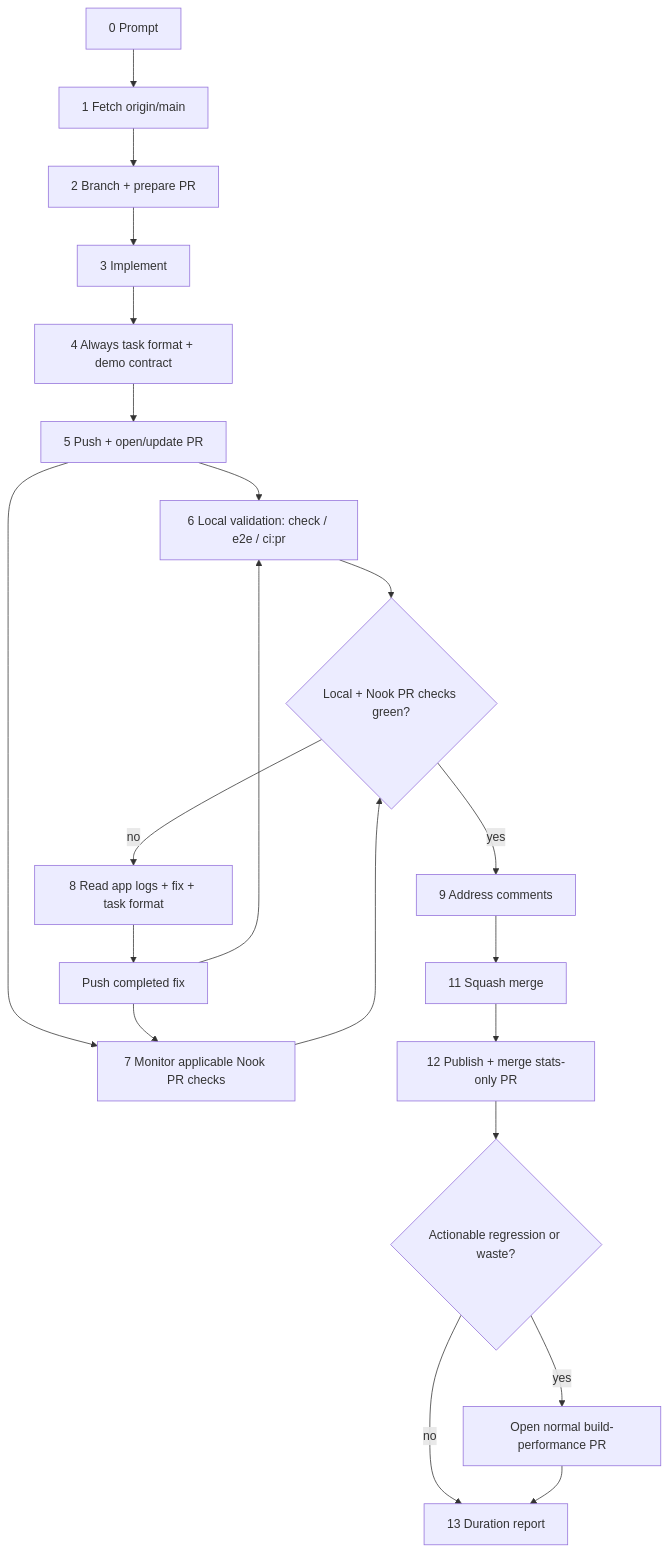
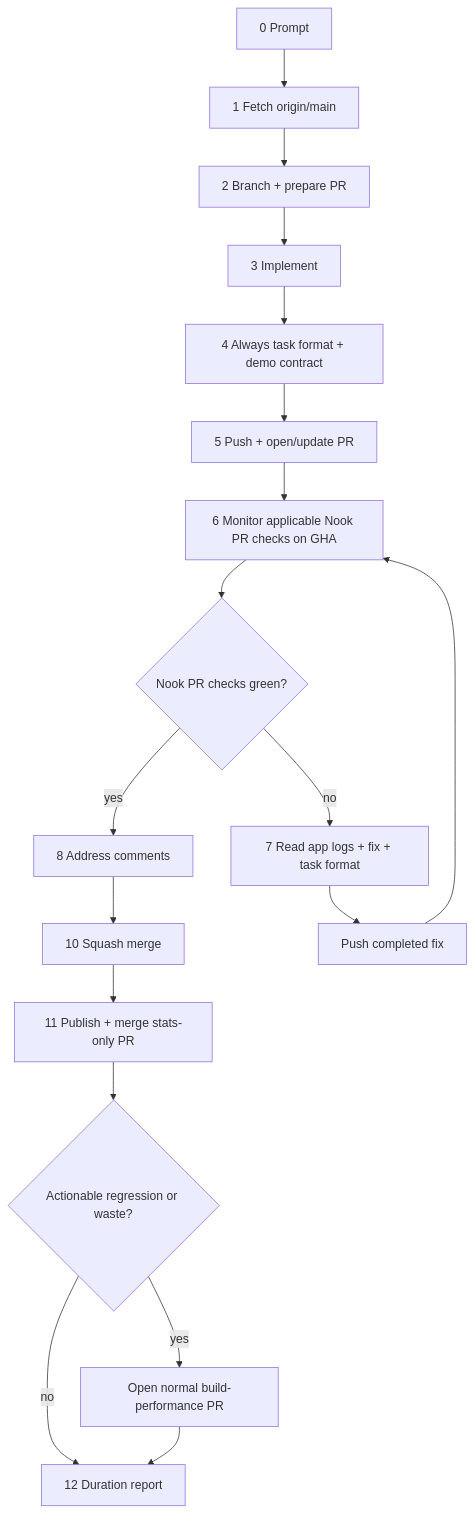
The diagram in .cortex/workflows/coding-bro.md (meta-secret/nook), drawn with Mermaid before and after one commit. The commit also changed other lines of this file and 31 other files, not shown here.

First line of the commit message:
docs: require only task format locally; product gates on GHA

````diff
--- a/.cortex/workflows/coding-bro.md
+++ b/.cortex/workflows/coding-bro.md
@@ -211,23 +217,20 @@
 ```mermaid
 flowchart TD
   P[0 Prompt] --> F[1 Fetch origin/main]
   F --> B[2 Branch + prepare PR]
   B --> I[3 Implement]
   I --> H[4 Always task format + demo contract]
   H --> PU[5 Push + open/update PR]
-  PU --> L[6 Local validation: check / e2e / ci:pr]
-  PU --> PR[7 Monitor applicable Nook PR checks]
-  L --> G{Local + Nook PR checks green?}
-  PR --> G
-  G -->|yes| C[9 Address comments]
-  C --> M[11 Squash merge]
-  G -->|no| FIX[8 Read app logs + fix + task format]
+  PU --> PR[6 Monitor applicable Nook PR checks on GHA]
+  PR --> G{Nook PR checks green?}
+  G -->|yes| C[8 Address comments]
+  C --> M[10 Squash merge]
+  G -->|no| FIX[7 Read app logs + fix + task format]
   FIX --> PUSH[Push completed fix]
-  PUSH --> L
   PUSH --> PR
-  M --> S[12 Publish + merge stats-only PR]
+  M --> S[11 Publish + merge stats-only PR]
   S --> W{Actionable regression or waste?}
   W -->|yes| BP[Open normal build-performance PR]
-  W -->|no| D[13 Duration report]
+  W -->|no| D[12 Duration report]
   BP --> D
 ```
````
